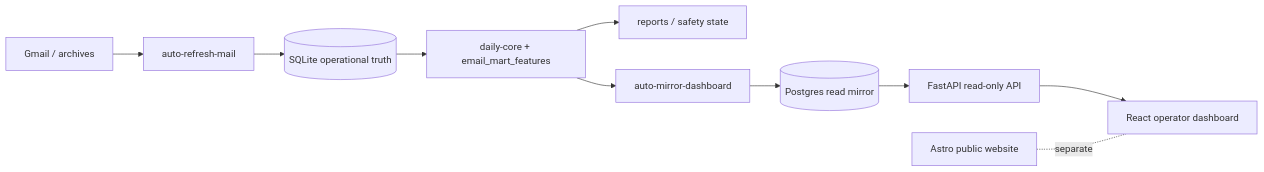
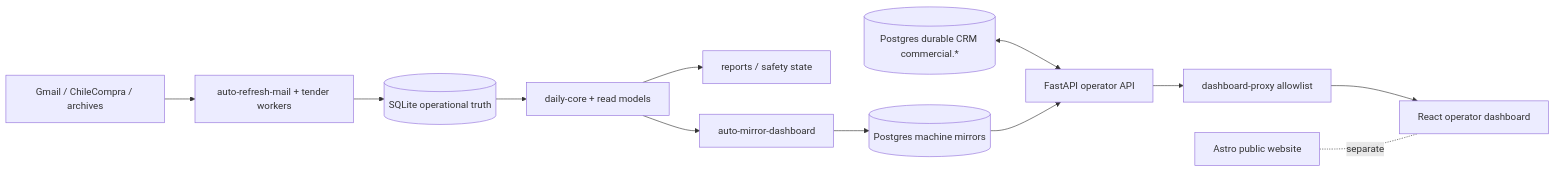
The diagram in README.md (rafaelRojasVi/origenlab), drawn with Mermaid before and after one commit. The commit also changed other lines of this file and 9 other files, not shown here.

First line of the commit message:
docs: correct stale read-only-era claims to current durable-CRM architecture

````diff
--- a/README.md
+++ b/README.md
@@ -46,12 +48,14 @@
 ```mermaid
 flowchart LR
-  Gmail[Gmail / archives] --> MailRefresh[auto-refresh-mail]
+  Gmail[Gmail / ChileCompra / archives] --> MailRefresh[auto-refresh-mail + tender workers]
   MailRefresh --> SQLite[(SQLite operational truth)]
-  SQLite --> DailyCore[daily-core + email_mart_features]
+  SQLite --> DailyCore[daily-core + read models]
   DailyCore --> Reports[reports / safety state]
   DailyCore --> Mirror[auto-mirror-dashboard]
-  Mirror --> Postgres[(Postgres read mirror)]
-  Postgres --> API[FastAPI read-only API]
-  API --> Dashboard[React operator dashboard]
+  Mirror --> PGM[(Postgres machine mirrors)]
+  PGD[(Postgres durable CRM commercial.*)] <--> API[FastAPI operator API]
+  PGM --> API
+  API --> Proxy[dashboard-proxy allowlist]
+  Proxy --> Dashboard[React operator dashboard]
   Web[Astro public website] -. separate .- Dashboard
 ```
````
